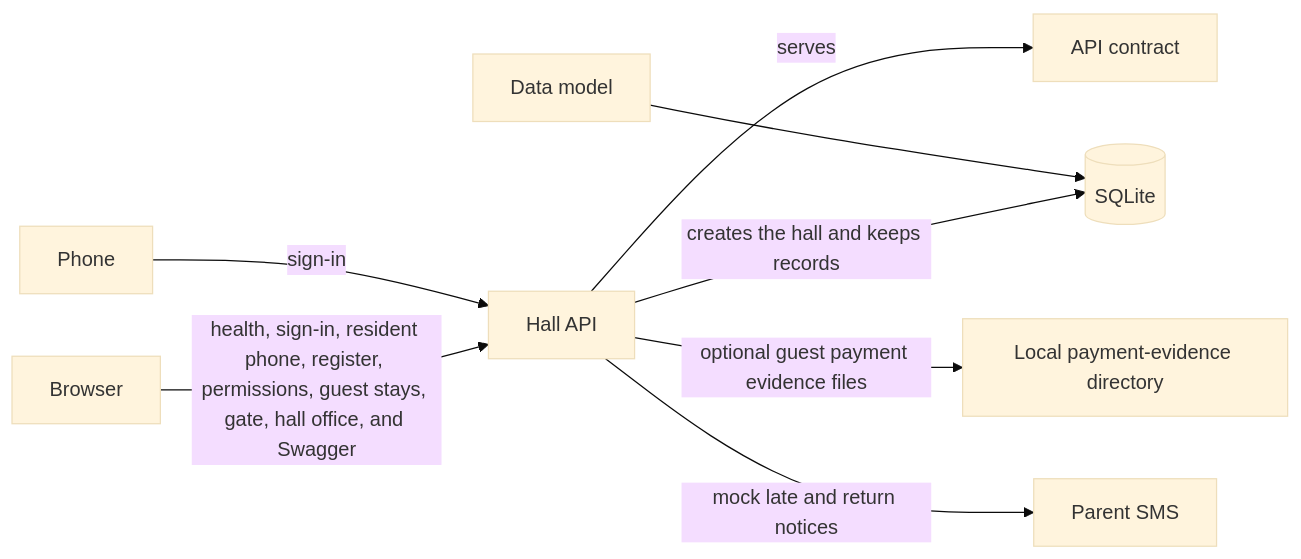
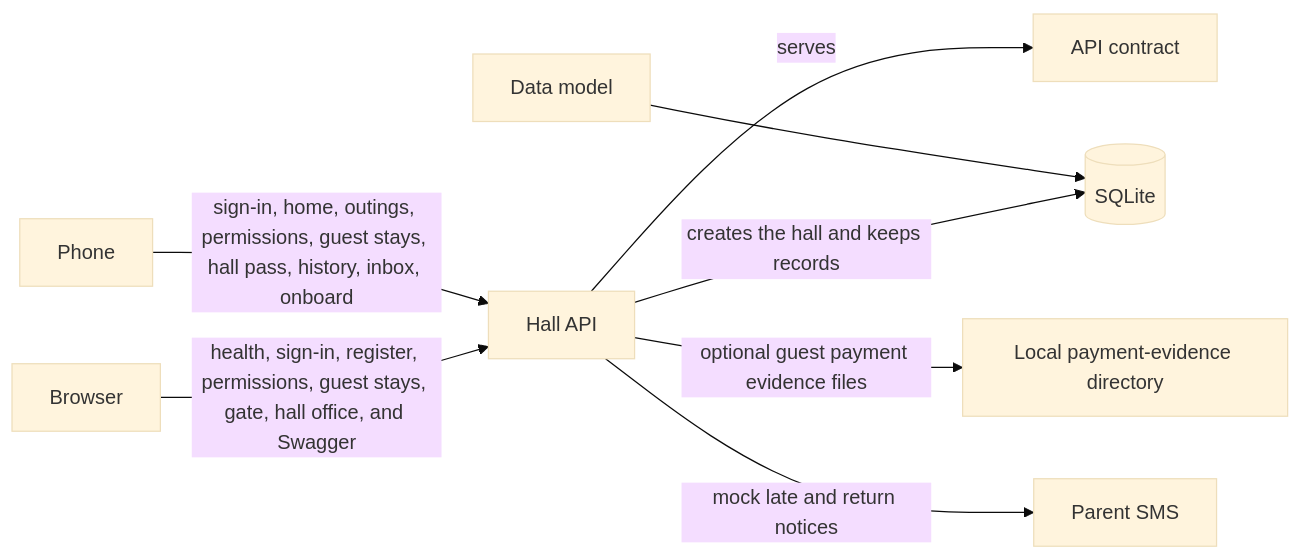
The diagram in docs/architecture/system-architecture.md (AbuIqbal123/BSJ-Hostel-Management), drawn with Mermaid (base theme) before and after one commit. The commit also changed other lines of this file and 5 other files, not shown here.

First line of the commit message:
Align docs with the resident phone that is already live

````diff
--- a/docs/architecture/system-architecture.md
+++ b/docs/architecture/system-architecture.md
@@ -7,10 +7,10 @@
 ```mermaid
 flowchart LR
-  phone["Phone"] -->|"sign-in"| api["Hall API"]
-  browser["Browser"] -->|"health, sign-in, resident phone, register, permissions, guest stays, gate, hall office, and Swagger"| api
+  phone["Phone"] -->|"sign-in, home, outings, permissions, guest stays, hall pass, history, inbox, onboard"| api["Hall API"]
+  browser["Browser"] -->|"health, sign-in, register, permissions, guest stays, gate, hall office, and Swagger"| api
   api -->|"serves"| contract["API contract"]
   model["Data model"] --> db[("SQLite")]
   api -->|"creates the hall and keeps records"| db
   api -->|"optional guest payment evidence files"| evidence["Local payment-evidence directory"]
   api -->|"mock late and return notices"| sms["Parent SMS"]
 ```
````
